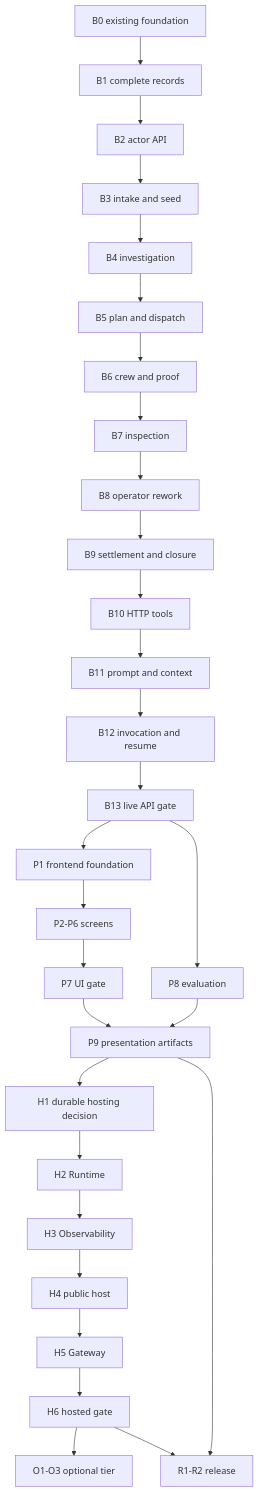
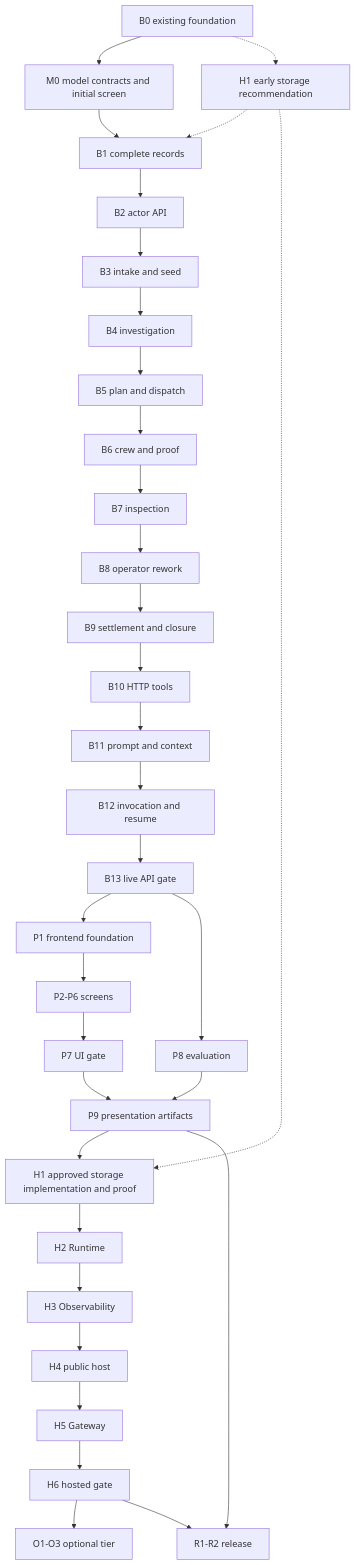
Before and after one commit to juulsverne/steward: the fourth of 4 diagrams in docs/BUILD_PLAN.md, drawn with Mermaid. The commit also changed other lines of this file and 9 other files, not shown here.

````diff
--- a/docs/BUILD_PLAN.md
+++ b/docs/BUILD_PLAN.md
@@ -220,31 +236,35 @@
 ```mermaid
 flowchart TD
-    B0[B0 existing foundation] --> B1[B1 complete records]
+    B0[B0 existing foundation] --> M0[M0 model contracts and initial screen]
+    B0 -.-> HD[H1 early storage recommendation]
+    HD -.-> B1
+    M0 --> B1[B1 complete records]
     B1 --> B2[B2 actor API]
     B2 --> B3[B3 intake and seed]
     B3 --> B4[B4 investigation]
     B4 --> B5[B5 plan and dispatch]
     B5 --> B6[B6 crew and proof]
     B6 --> B7[B7 inspection]
     B7 --> B8[B8 operator rework]
     B8 --> B9[B9 settlement and closure]
     B9 --> B10[B10 HTTP tools]
     B10 --> B11[B11 prompt and context]
     B11 --> B12[B12 invocation and resume]
     B12 --> B13[B13 live API gate]
     B13 --> P1[P1 frontend foundation]
     P1 --> SC[P2-P6 screens]
     SC --> P7[P7 UI gate]
     B13 --> P8[P8 evaluation]
     P7 --> P9[P9 presentation artifacts]
     P8 --> P9
-    P9 --> H1[H1 durable hosting decision]
+    P9 --> H1[H1 approved storage implementation and proof]
+    HD -.-> H1
     H1 --> H2[H2 Runtime]
     H2 --> H3[H3 Observability]
     H3 --> H4[H4 public host]
     H4 --> H5[H5 Gateway]
     H5 --> H6[H6 hosted gate]
     H6 --> OPT[O1-O3 optional tier]
     P9 --> REL[R1-R2 release]
     H6 --> REL
 ```
````
